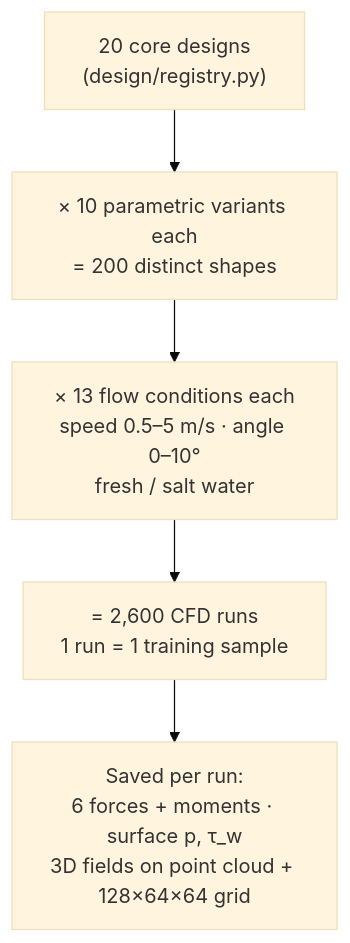
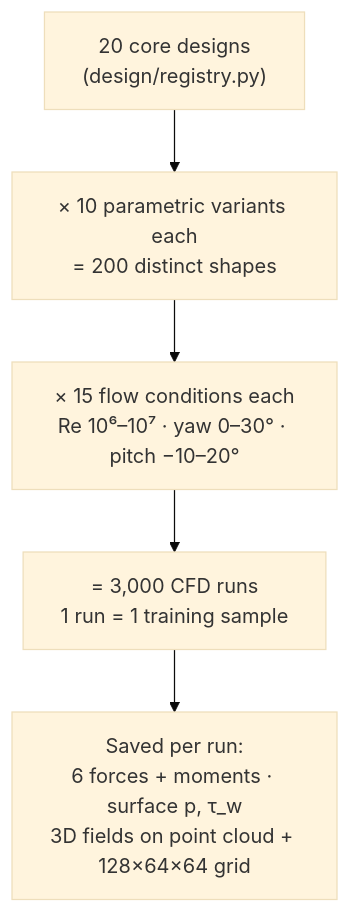
The second of 3 diagrams in plan/STUDY_PLAN.md (SaiKiranKumarNalla/auv-hull-surrogate), drawn with Mermaid (base theme) before and after one commit. The commit also changed other lines of this file and 2 other files, not shown here.

Commit message:
Plans: 3,000-run corpus with the 15 flow conditions table

````diff
--- a/plan/STUDY_PLAN.md
+++ b/plan/STUDY_PLAN.md
@@ -31,7 +31,7 @@
 ```mermaid
 flowchart TB
     B["20 core designs<br/>(design/registry.py)"] --> V["× 10 parametric variants each<br/>= 200 distinct shapes"]
-    V --> C["× 13 flow conditions each<br/>speed 0.5–5 m/s · angle 0–10°<br/>fresh / salt water"]
-    C --> R["= 2,600 CFD runs<br/>1 run = 1 training sample"]
+    V --> C["× 15 flow conditions each<br/>Re 10⁶–10⁷ · yaw 0–30° · pitch −10–20°"]
+    C --> R["= 3,000 CFD runs<br/>1 run = 1 training sample"]
     R --> O["Saved per run:<br/>6 forces + moments · surface p, τ_w<br/>3D fields on point cloud + 128×64×64 grid"]
 ```
````
